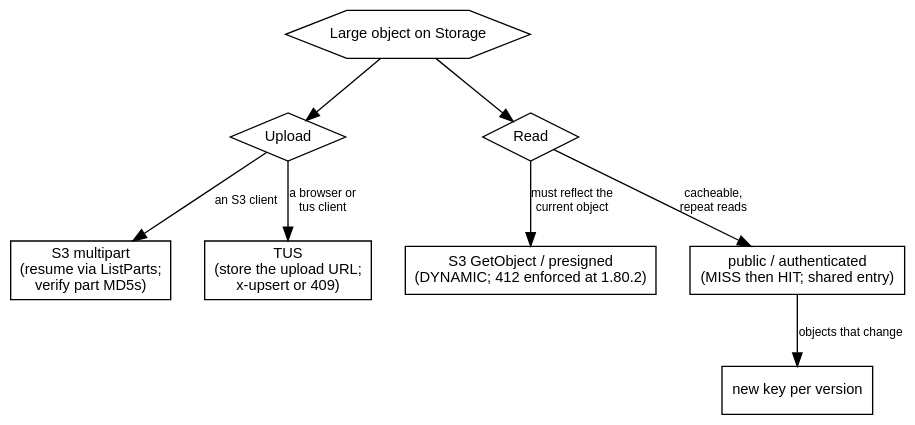
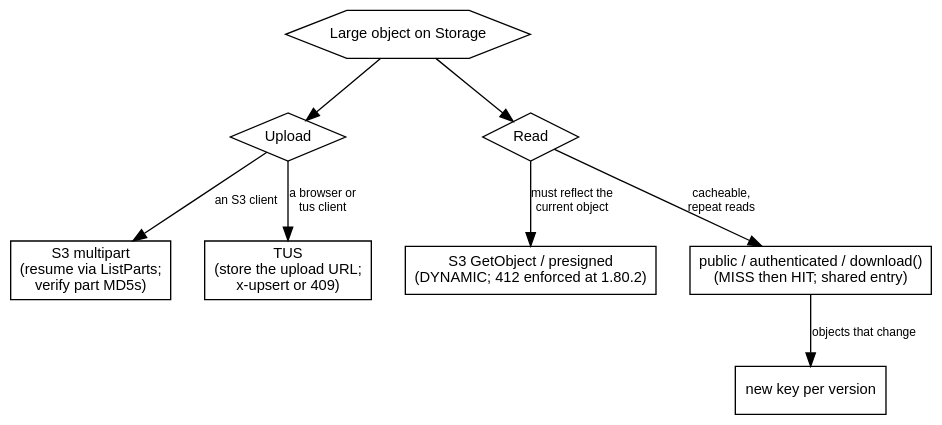
The second of 2 diagrams in src/content/docs/reference/supabase-storage-large-objects.mdx (erfianugrah/lexicanum), drawn with Graphviz before and after one commit. The commit also changed other lines of this file and 1 other file, not shown here.

First line of the commit message:
docs(storage-large-objects): add SS08 - download() caching, private bucket, compression

````diff
--- a/src/content/docs/reference/supabase-storage-large-objects.mdx
+++ b/src/content/docs/reference/supabase-storage-large-objects.mdx
@@ -481,25 +524,25 @@
 ```dot
 digraph {
   rankdir=TB; bgcolor="transparent"; nodesep=0.35; ranksep=0.55;
   fontname="Helvetica,Arial,sans-serif";
   node [fontname="Helvetica,Arial,sans-serif", fontsize=11, shape=box];
   edge [fontname="Helvetica,Arial,sans-serif", fontsize=9];
 
   root [label="Large object on Storage", shape=hexagon];
   up   [label="Upload", shape=diamond];
   rd   [label="Read", shape=diamond];
   mp   [label="S3 multipart\n(resume via ListParts;\nverify part MD5s)"];
   tus  [label="TUS\n(store the upload URL;\nx-upsert or 409)"];
   s3   [label="S3 GetObject / presigned\n(DYNAMIC; 412 enforced at 1.80.2)"];
-  cdn  [label="public / authenticated\n(MISS then HIT; shared entry)"];
+  cdn  [label="public / authenticated / download()\n(MISS then HIT; shared entry)"];
   key  [label="new key per version"];
 
   root -> up;
   root -> rd;
   up -> mp  [label="an S3 client"];
   up -> tus [label="a browser or\ntus client"];
   rd -> s3  [label="must reflect the\ncurrent object"];
   rd -> cdn [label="cacheable,\nrepeat reads"];
   cdn -> key [label="objects that change"];
 }
 ```
````
